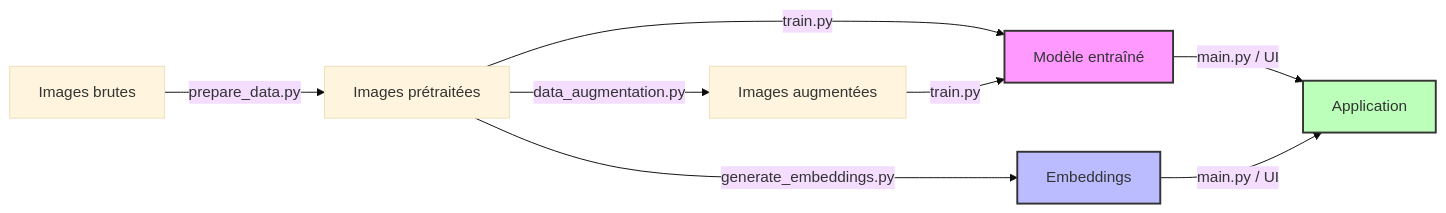
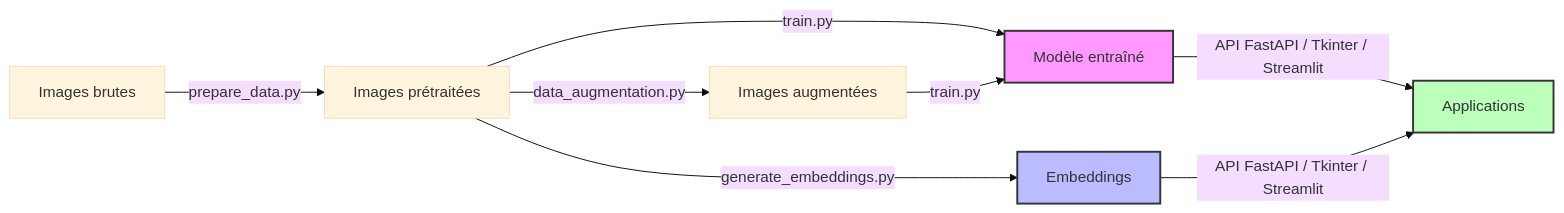
The second of 4 diagrams in E3_MettreDispositionIA/README.md (AntoineMLD/certification_DevIA), drawn with Mermaid (base theme) before and after one commit. The commit also changed other lines of this file, not shown here.

````diff
--- a/E3_MettreDispositionIA/README.md
+++ b/E3_MettreDispositionIA/README.md
@@ -74,12 +73,12 @@
 ```mermaid
 flowchart LR
     A[Images brutes] -->|prepare_data.py| B[Images prétraitées]
     B -->|data_augmentation.py| C[Images augmentées]
     B & C -->|train.py| D[Modèle entraîné]
     B -->|generate_embeddings.py| E[Embeddings]
-    D & E -->|main.py / UI| F[Application]
+    D & E -->|API FastAPI / Tkinter / Streamlit| F[Applications]
     
     style D fill:#f9f,stroke:#333,stroke-width:2px
     style E fill:#bbf,stroke:#333,stroke-width:2px
     style F fill:#bfb,stroke:#333,stroke-width:2px
 ```
````
